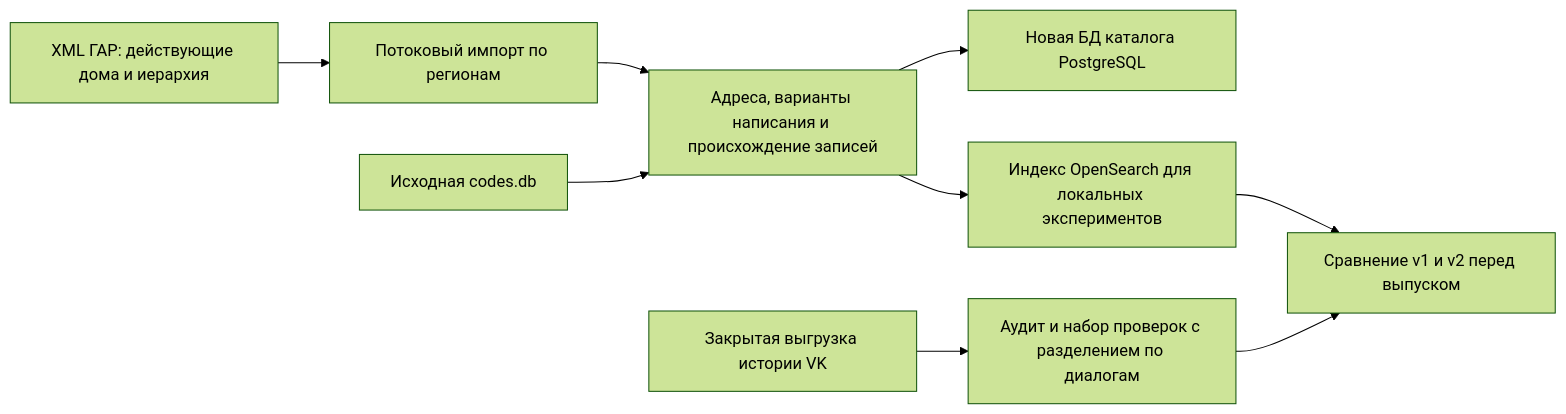
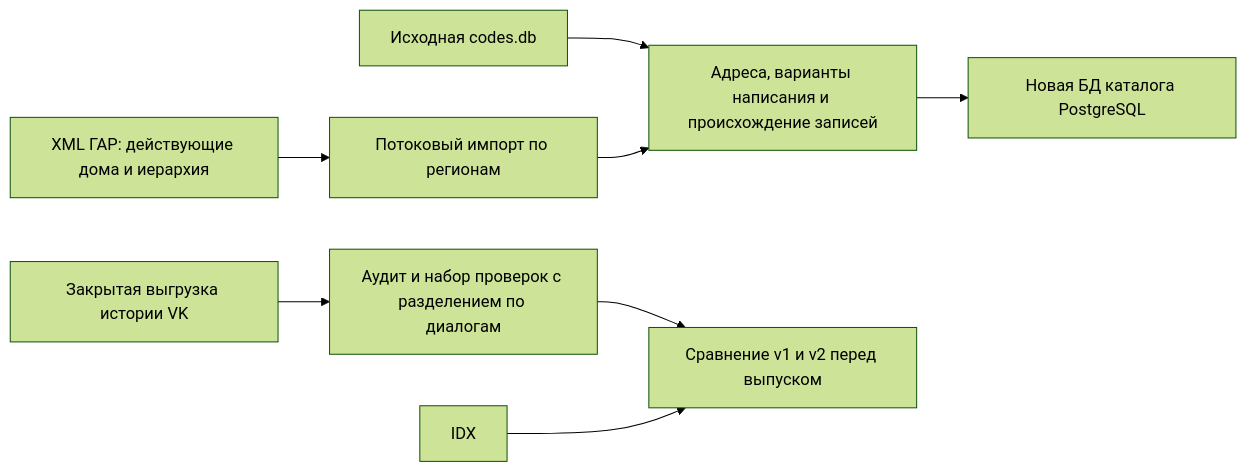
One commit to omkality/domofomka changed the fifth of 5 diagrams in README.md. Above: the diagram before and after it, drawn with Mermaid (forest theme). The commit also changed other lines of this file and 19 other files, not shown here.

````diff
--- a/README.md
+++ b/README.md
@@ -80,11 +79,10 @@
 ```mermaid
 flowchart LR
     GAR[XML ГАР: действующие дома и иерархия] --> IMP[Потоковый импорт по регионам]
     OLD[Исходная codes.db] --> N[Адреса, варианты написания и происхождение записей]
     IMP --> N
     N --> CAT[Новая БД каталога PostgreSQL]
-    N --> IDX[Индекс OpenSearch для локальных экспериментов]
     HISTORY[Закрытая выгрузка истории VK] --> AUDIT[Аудит и набор проверок с разделением по диалогам]
     AUDIT --> TEST[Сравнение v1 и v2 перед выпуском]
     IDX --> TEST
 ```
````
